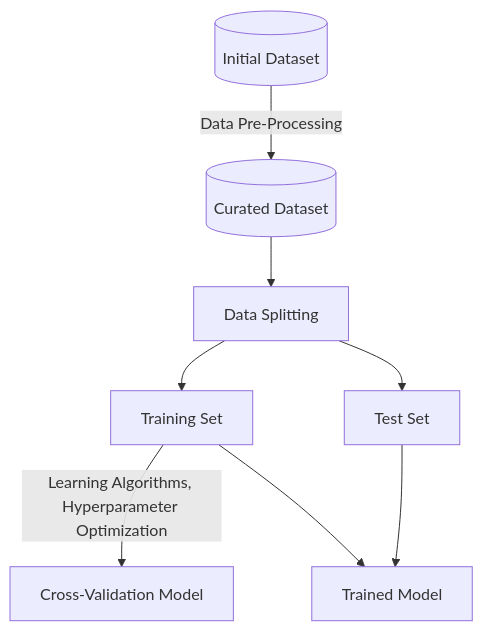
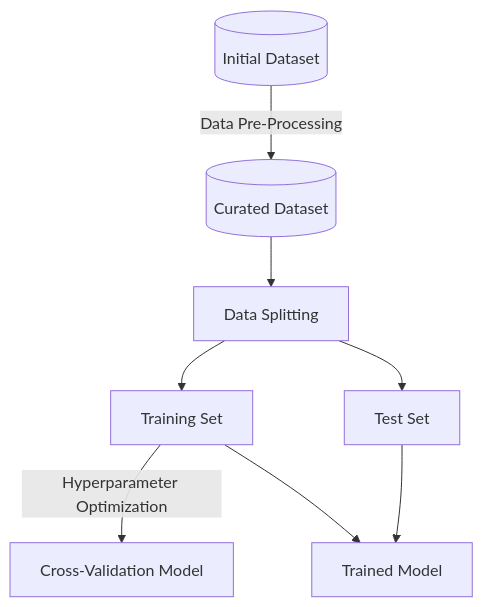
One commit to dataprofessor/mermaid changed the third of 3 diagrams in README.md. Above: the diagram before and after it, drawn with Mermaid.

````diff
--- a/README.md
+++ b/README.md
@@ -29,10 +29,10 @@
 ```mermaid
 flowchart TD
     data[(Initial Dataset)] --Data Pre-Processing-->  data2[(Curated Dataset)]
     data2 --> split[Data Splitting]
     split --> train[Training Set]
     split --> test[Test Set]
-    train --Learning Algorithms, Hyperparameter Optimization--> E[Cross-Validation Model]
+    train --Hyperparameter Optimization--> E[Cross-Validation Model]
     train --> trained[Trained Model]
     test --> trained[Trained Model]
 ```
````
